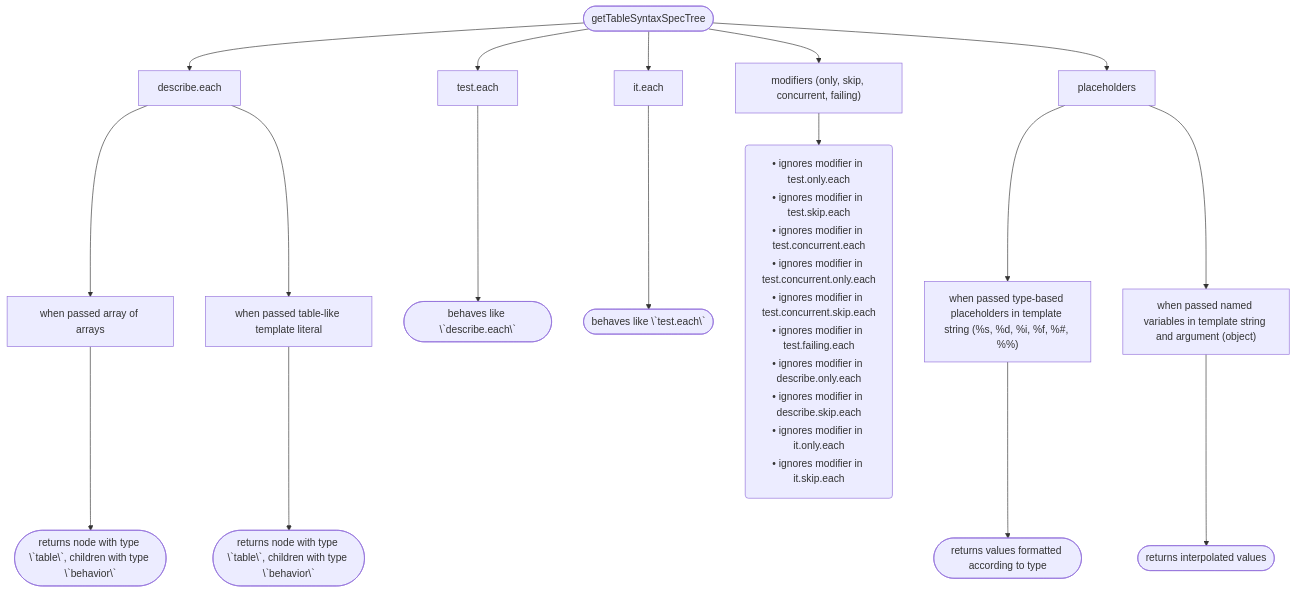
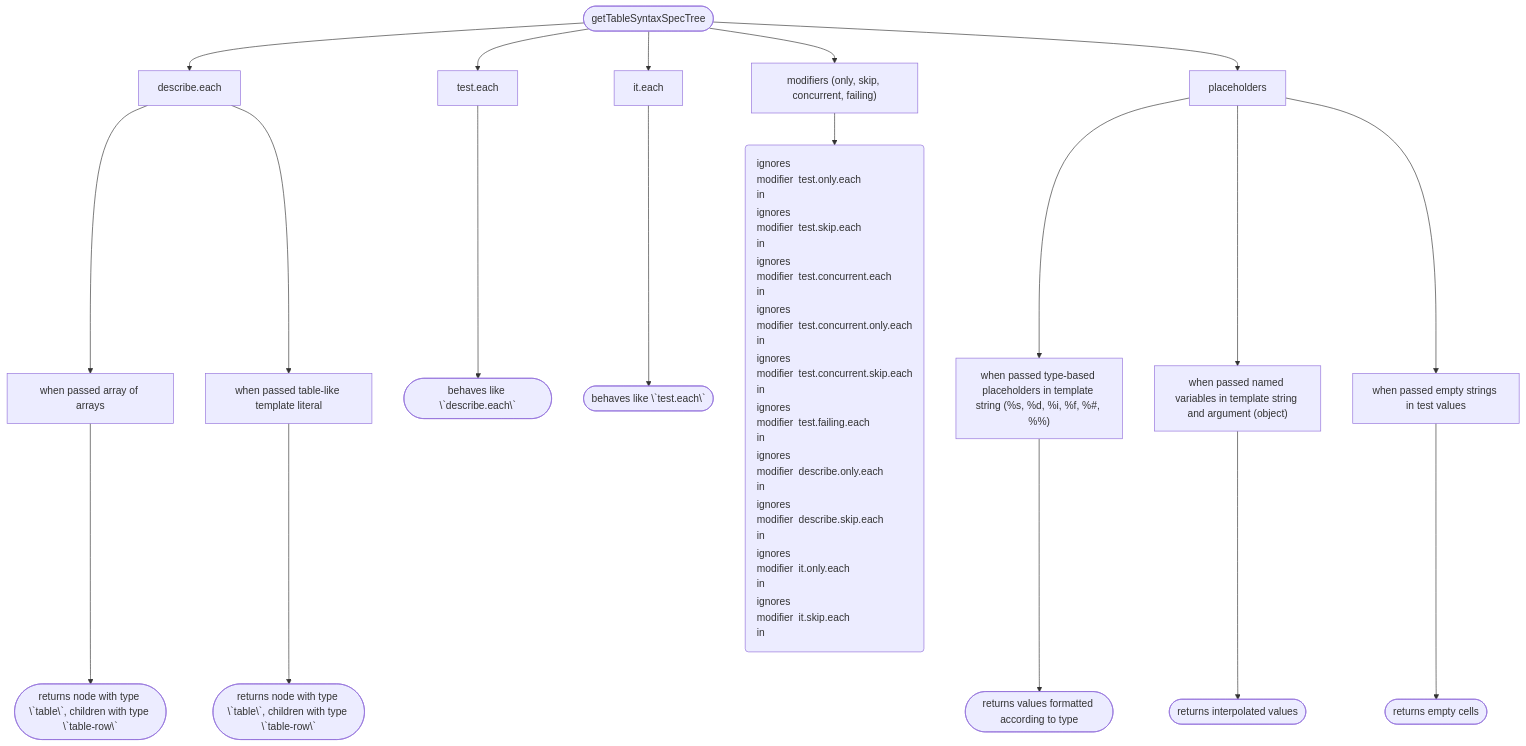
The fourth of 9 diagrams in speccharts.md (arnaudrenaud/speccharts), drawn with Mermaid before and after one commit. The commit also changed 3 other files, not shown here.

Commit message:
Update table example, charts

````diff
--- a/speccharts.md
+++ b/speccharts.md
@@ -70,36 +70,40 @@
 ```mermaid
 flowchart TD
 N0(["getTableSyntaxSpecTree"])
 N1["describe.each"]
 N0 --> N1
 N2["when passed array of arrays"]
 N1 --> N2
-N3(["returns node with type \`table\`, children with type \`behavior\`"])
+N3(["returns node with type \`table\`, children with type \`table-row\`"])
 N2 --> N3
 N4["when passed table-like template literal"]
 N1 --> N4
-N5(["returns node with type \`table\`, children with type \`behavior\`"])
+N5(["returns node with type \`table\`, children with type \`table-row\`"])
 N4 --> N5
 N6["test.each"]
 N0 --> N6
 N7(["behaves like \`describe.each\`"])
 N6 --> N7
 N8["it.each"]
 N0 --> N8
 N9(["behaves like \`test.each\`"])
 N8 --> N9
 N10["modifiers (only, skip, concurrent, failing)"]
 N0 --> N10
-N11("<table><tr><td>• ignores modifier in test.only.each</td></tr><tr><td>• ignores modifier in test.skip.each</td></tr><tr><td>• ignores modifier in test.concurrent.each</td></tr><tr><td>• ignores modifier in test.concurrent.only.each</td></tr><tr><td>• ignores modifier in test.concurrent.skip.each</td></tr><tr><td>• ignores modifier in test.failing.each</td></tr><tr><td>• ignores modifier in describe.only.each</td></tr><tr><td>• ignores modifier in describe.skip.each</td></tr><tr><td>• ignores modifier in it.only.each</td></tr><tr><td>• ignores modifier in it.skip.each</td></tr></table>")
+N11("<table style='text-align: left;'><tr><td>ignores modifier in </td><td>test.only.each</td></tr><tr><td>ignores modifier in </td><td>test.skip.each</td></tr><tr><td>ignores modifier in </td><td>test.concurrent.each</td></tr><tr><td>ignores modifier in </td><td>test.concurrent.only.each</td></tr><tr><td>ignores modifier in </td><td>test.concurrent.skip.each</td></tr><tr><td>ignores modifier in </td><td>test.failing.each</td></tr><tr><td>ignores modifier in </td><td>describe.only.each</td></tr><tr><td>ignores modifier in </td><td>describe.skip.each</td></tr><tr><td>ignores modifier in </td><td>it.only.each</td></tr><tr><td>ignores modifier in </td><td>it.skip.each</td></tr></table>")
 N10 --> N11
 N12["placeholders"]
 N0 --> N12
 N13["when passed type-based placeholders in template string (%s, %d, %i, %f, %#, %%)"]
 N12 --> N13
 N14(["returns values formatted according to type"])
 N13 --> N14
 N15["when passed named variables in template string and argument (object)"]
 N12 --> N15
 N16(["returns interpolated values"])
 N15 --> N16
+N17["when passed empty strings in test values"]
+N12 --> N17
+N18(["returns empty cells"])
+N17 --> N18
 ```
````
